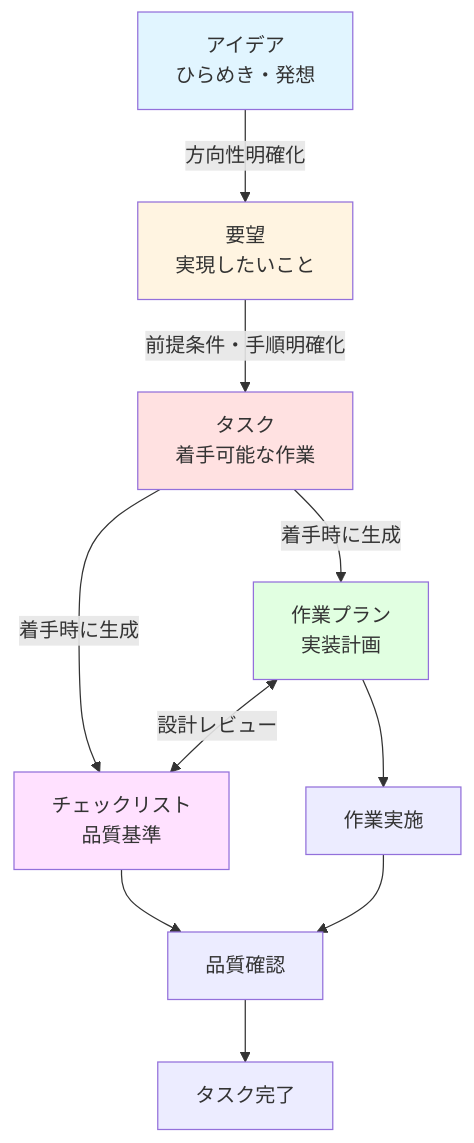
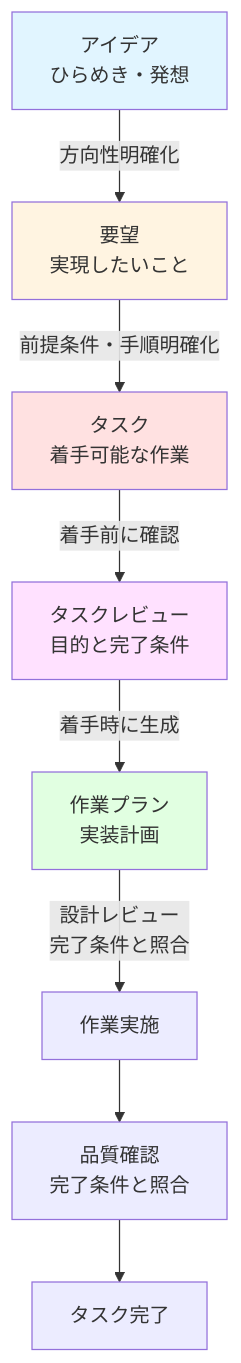
The first of 2 diagrams in provision/files/wiki/help/issue_flow.md (wate/vagrant-redmine), drawn with Mermaid before and after one commit. The commit also changed other lines of this file and 24 other files, not shown here.

````diff
--- a/provision/files/wiki/help/issue_flow.md
+++ b/provision/files/wiki/help/issue_flow.md
@@ -16,17 +16,15 @@
 ```mermaid
 graph TD
     A[アイデア<br/>ひらめき・発想] -->|方向性明確化| B[要望<br/>実現したいこと]
     B -->|前提条件・手順明確化| C[タスク<br/>着手可能な作業]
-    C -->|着手時に生成| D[作業プラン<br/>実装計画]
-    C -->|着手時に生成| E[チェックリスト<br/>品質基準]
-    D <-->|設計レビュー| E
-    D --> F[作業実施]
-    E --> G[品質確認]
-    F --> G
+    C -->|着手前に確認| E[タスクレビュー<br/>目的と完了条件]
+    E -->|着手時に生成| D[作業プラン<br/>実装計画]
+    D -->|設計レビュー<br/>完了条件と照合| F[作業実施]
+    F --> G[品質確認<br/>完了条件と照合]
     G --> H[タスク完了]
     style A fill:#e1f5ff
     style B fill:#fff4e1
     style C fill:#ffe1e1
     style D fill:#e1ffe1
     style E fill:#ffe1ff
 ```
````
